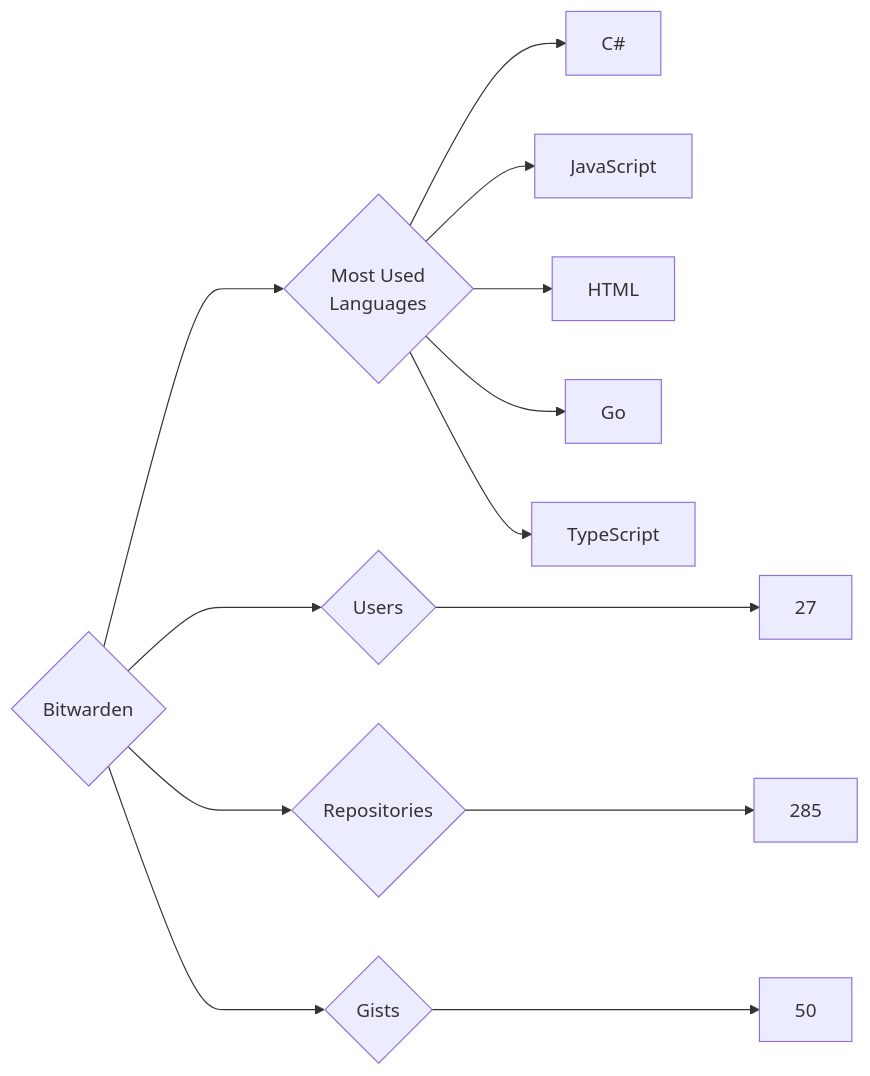
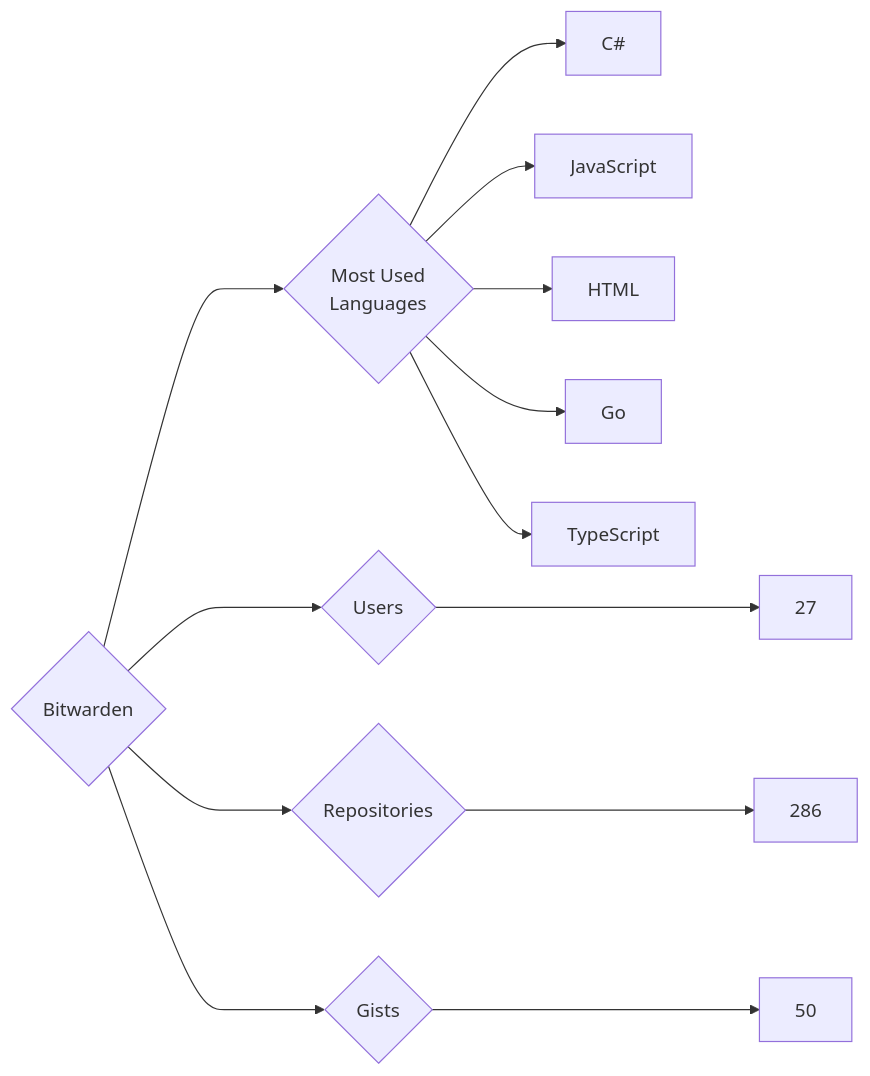
Before and after one commit to trickest/insiders: the diagram in targets/Bitwarden/README.md, drawn with Mermaid. The commit also changed 882 other files, not shown here.

````diff
--- a/targets/Bitwarden/README.md
+++ b/targets/Bitwarden/README.md
@@ -3,13 +3,13 @@
 ```mermaid
 graph LR
 COMPANY_NAME{Bitwarden}
 COMPANY_NAME ---> U{Users} ---> UN[27]
-COMPANY_NAME ---> R{Repositories} ---> RN[285]
+COMPANY_NAME ---> R{Repositories} ---> RN[286]
 COMPANY_NAME ---> G{Gists} ---> GN[50]
 COMPANY_NAME ---> ML{Most Used<br>Languages}
 ML --> C#[C#]
 ML --> JavaScript[JavaScript]
 ML --> HTML[HTML]
 ML --> Go[Go]
 ML --> TypeScript[TypeScript]
 ```
````
